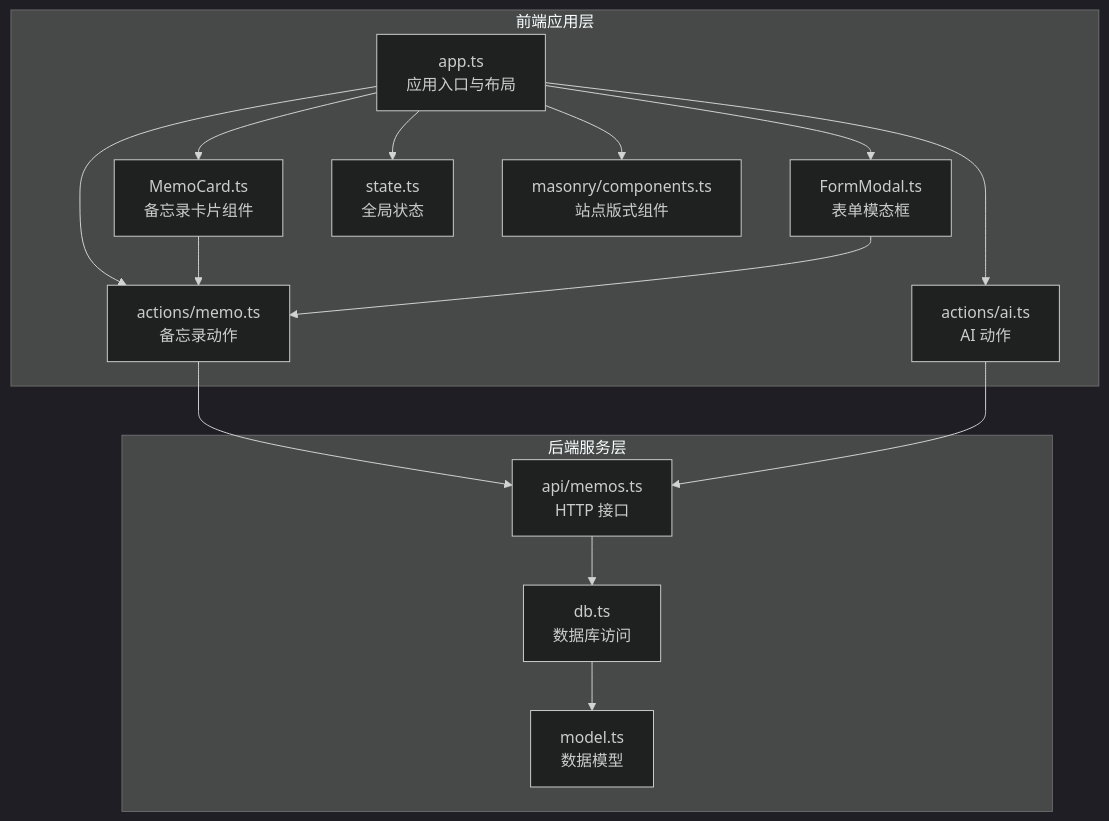
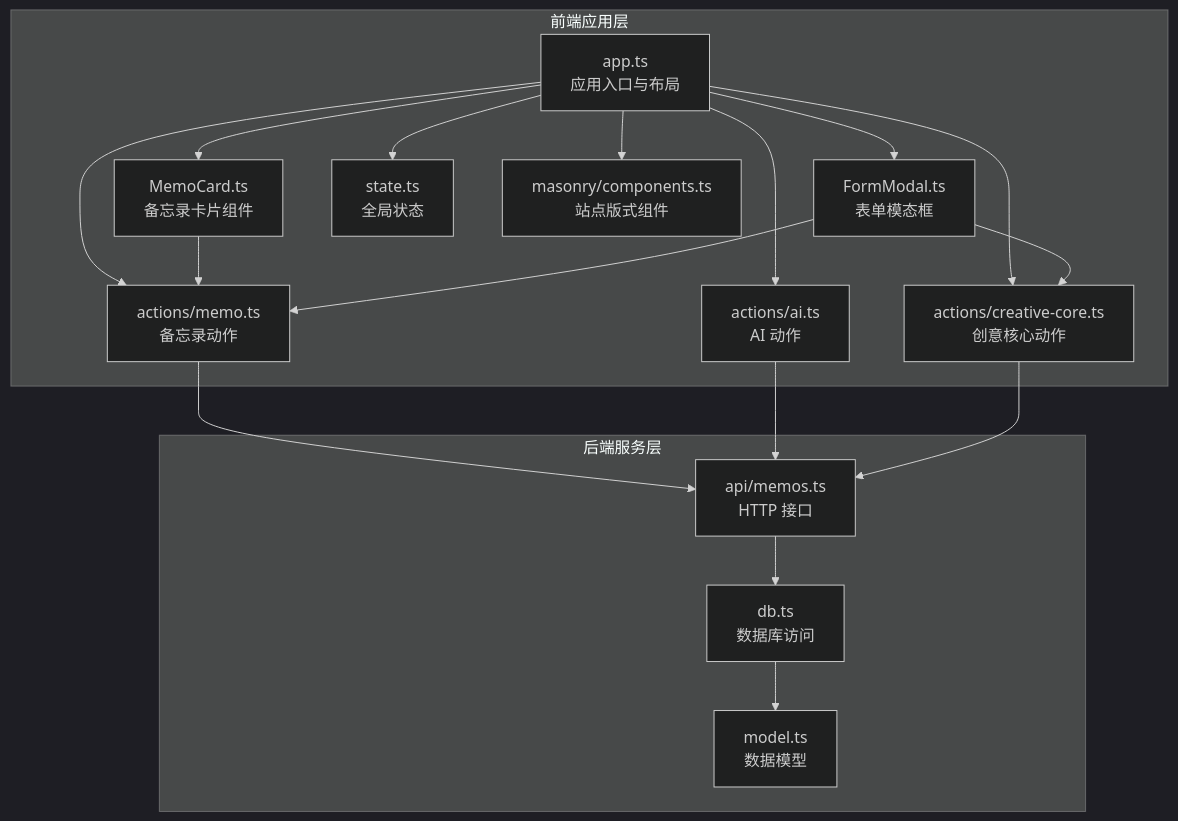
The first of 8 diagrams in .qoder/repowiki/zh/content/前端应用/Admin管理界面/备忘录管理.md (BlackBoxRecorder/memos), drawn with Mermaid (dark theme) before and after one commit. The commit also changed other lines of this file and 30 other files, not shown here.

````diff
--- a/.qoder/repowiki/zh/content/前端应用/Admin管理界面/备忘录管理.md
+++ b/.qoder/repowiki/zh/content/前端应用/Admin管理界面/备忘录管理.md
@@ -45,29 +53,33 @@
 ```mermaid
 graph TB
 subgraph "前端应用层"
 APP["app.ts<br/>应用入口与布局"]
 MC["MemoCard.ts<br/>备忘录卡片组件"]
 FM["FormModal.ts<br/>表单模态框"]
 ST["state.ts<br/>全局状态"]
 AM["actions/memo.ts<br/>备忘录动作"]
 AI["actions/ai.ts<br/>AI 动作"]
+CC["actions/creative-core.ts<br/>创意核心动作"]
 MS["masonry/components.ts<br/>站点版式组件"]
 end
 subgraph "后端服务层"
 API["api/memos.ts<br/>HTTP 接口"]
 DB["db.ts<br/>数据库访问"]
 MD["model.ts<br/>数据模型"]
 end
 APP --> MC
 APP --> FM
 APP --> ST
 APP --> AM
 APP --> AI
+APP --> CC
 APP --> MS
 MC --> AM
 FM --> AM
+FM --> CC
 AM --> API
 AI --> API
+CC --> API
 API --> DB
 DB --> MD
 ```
````
